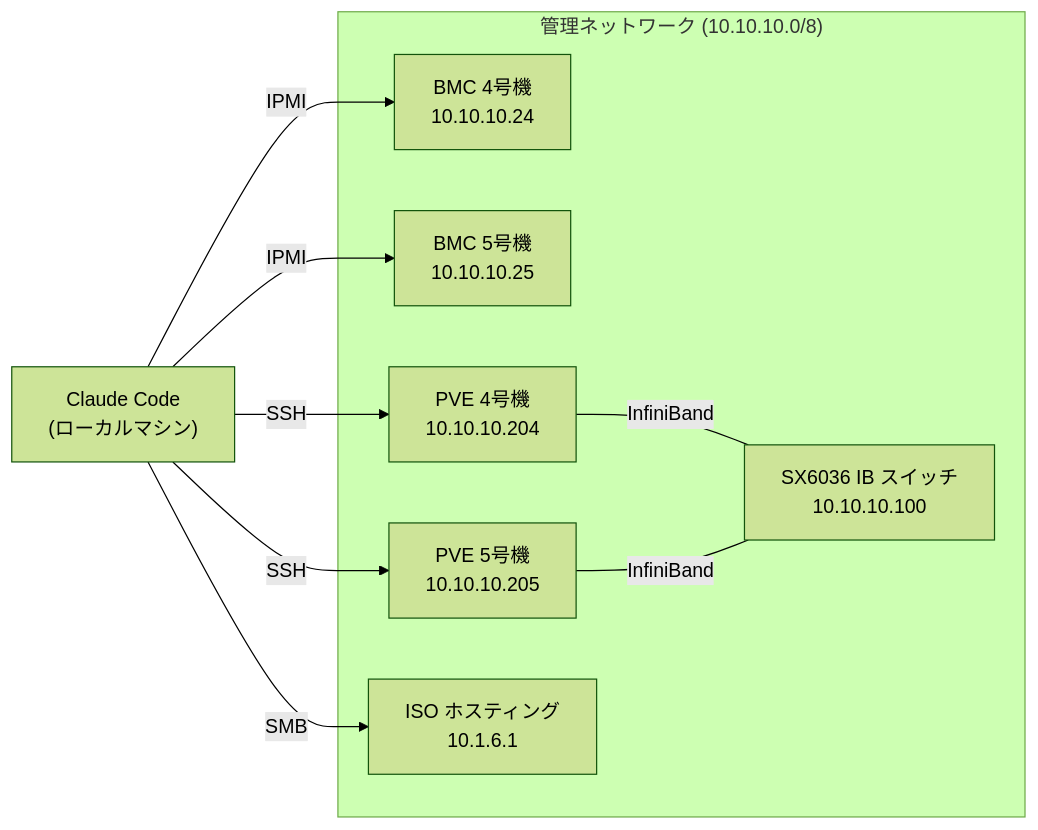
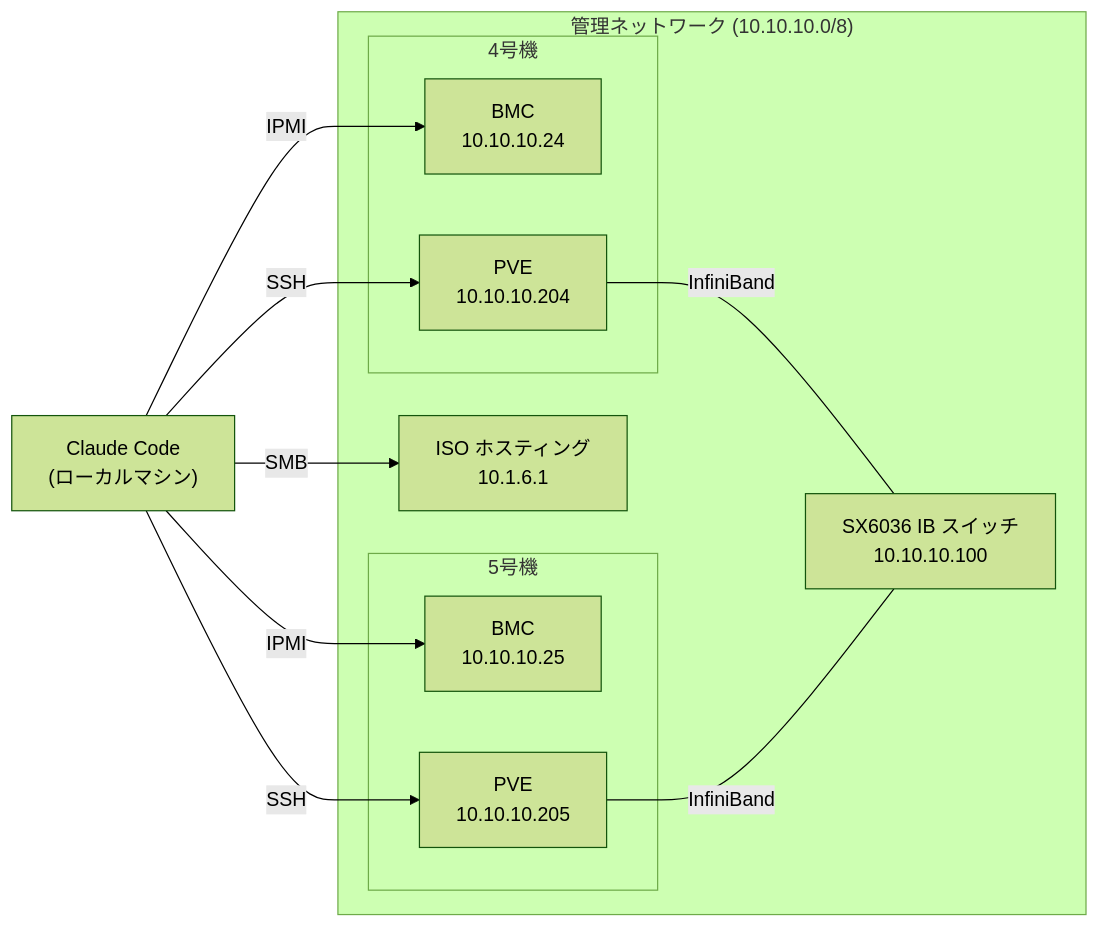
The diagram in README.md (miminashi/pvese), drawn with Mermaid (forest theme) before and after one commit.

Commit message:
Add nested subgraphs for server chassis in Mermaid network diagram
Wrap BMC and PVE nodes in per-server subgraphs (4号機/5号機) to
show physical containment. Remove redundant server names from
node labels.

````diff
--- a/README.md
+++ b/README.md
@@ -81,21 +81,25 @@
 ```mermaid
 graph LR
     CC["Claude Code<br/>(ローカルマシン)"]
 
     subgraph mgmt["管理ネットワーク (10.10.10.0/8)"]
-        BMC4["BMC 4号機<br/>10.10.10.24"]
-        BMC5["BMC 5号機<br/>10.10.10.25"]
-        PVE4["PVE 4号機<br/>10.10.10.204"]
-        PVE5["PVE 5号機<br/>10.10.10.205"]
+        subgraph srv4["4号機"]
+            BMC4["BMC<br/>10.10.10.24"]
+            PVE4["PVE<br/>10.10.10.204"]
+        end
+        subgraph srv5["5号機"]
+            BMC5["BMC<br/>10.10.10.25"]
+            PVE5["PVE<br/>10.10.10.205"]
+        end
         SMB["ISO ホスティング<br/>10.1.6.1"]
         IB["SX6036 IB スイッチ<br/>10.10.10.100"]
     end
 
     CC -- "SSH" --> PVE4
     CC -- "SSH" --> PVE5
     CC -- "IPMI" --> BMC4
     CC -- "IPMI" --> BMC5
     CC -- "SMB" --> SMB
     PVE4 -- "InfiniBand" --- IB
     PVE5 -- "InfiniBand" --- IB
 ```
````
